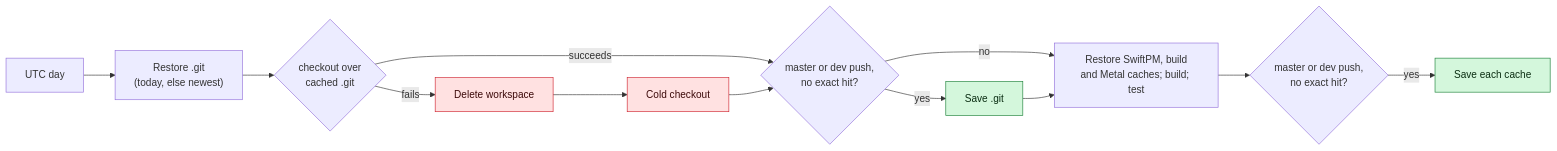
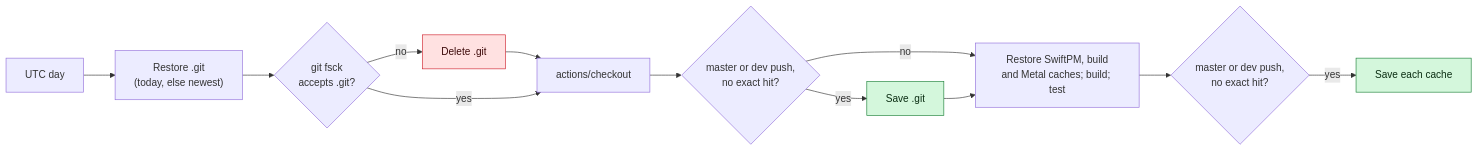
The diagram in docs/developer/build.md (Layr-Labs/d-inference), drawn with Mermaid before and after one commit. The commit also changed other lines of this file and 5 other files, not shown here.

Commit message:
ci: drop continue-on-error from checkouts; fsck the restored .git and delete it if damaged

````diff
--- a/docs/developer/build.md
+++ b/docs/developer/build.md
@@ -342,17 +344,17 @@
 ```mermaid
 flowchart LR
   W[UTC day] --> R["Restore .git<br/>(today, else newest)"]
-  R --> C{"checkout over<br/>cached .git"}
-  C -- fails --> D[Delete workspace] --> K[Cold checkout]
-  C -- succeeds --> G
+  R --> V{"git fsck<br/>accepts .git?"}
+  V -- no --> D[Delete .git] --> K
+  V -- yes --> K[actions/checkout]
   K --> G{"master or dev push,<br/>no exact hit?"}
   G -- yes --> S[Save .git]
   G -- no --> B
   S --> B["Restore SwiftPM, build<br/>and Metal caches; build; test"]
   B --> M{"master or dev push,<br/>no exact hit?"}
   M -- yes --> T[Save each cache]
   classDef save fill:#d4f7dc,stroke:#1a7f37,color:#0b2e13
   classDef fail fill:#ffe1e1,stroke:#cf222e,color:#3d0a0a
   class S,T save
-  class D,K fail
+  class D fail
 ```
````
